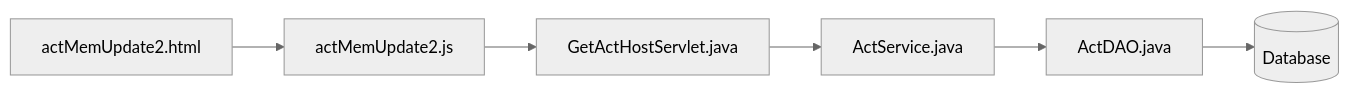
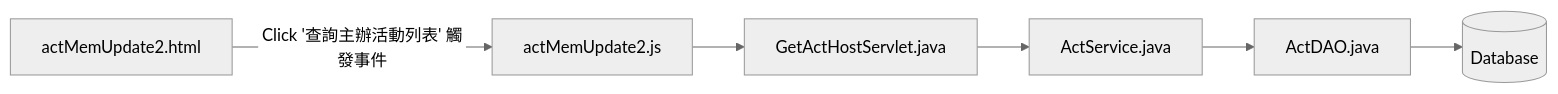
Before and after one commit to TLexYuW/CGA103G1OwnPart: the sixth of 16 diagrams in README.md, drawn with Mermaid (neutral theme). The commit also changed other lines of this file, not shown here.

Commit message:
LexVaultBackup: 2022-09-11 23:38:53
Affected files:
README.md

````diff
--- a/README.md
+++ b/README.md
@@ -95,5 +95,6 @@
 ```mermaid
 flowchart LR
-	aMU2html[actMemUpdate2.html] --> aMU2js[actMemUpdate2.js] --> GAHS[GetActHostServlet.java]
+	aMU2html[actMemUpdate2.html] -->|Click '查詢主辦活動列表' 觸發事件| aMU2js[actMemUpdate2.js] -->
+	GAHS[GetActHostServlet.java]
 	--> AS[ActService.java] --> AD[ActDAO.java] --> DB[(Database)]
 ```
````
